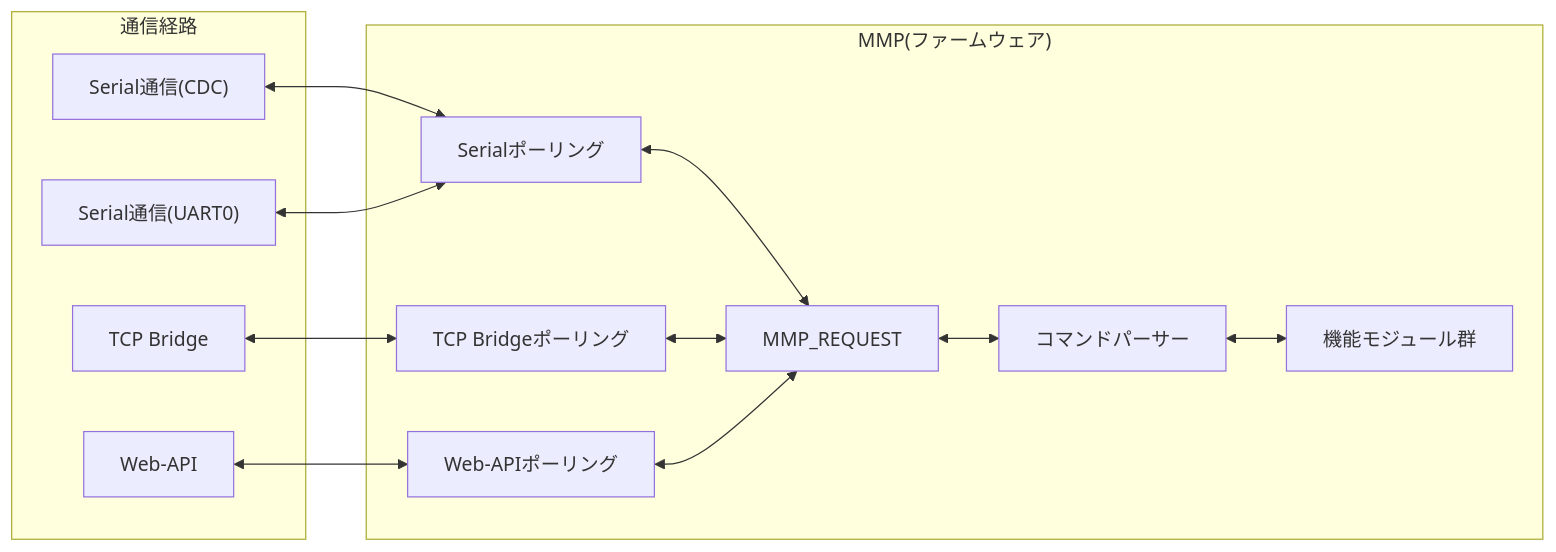
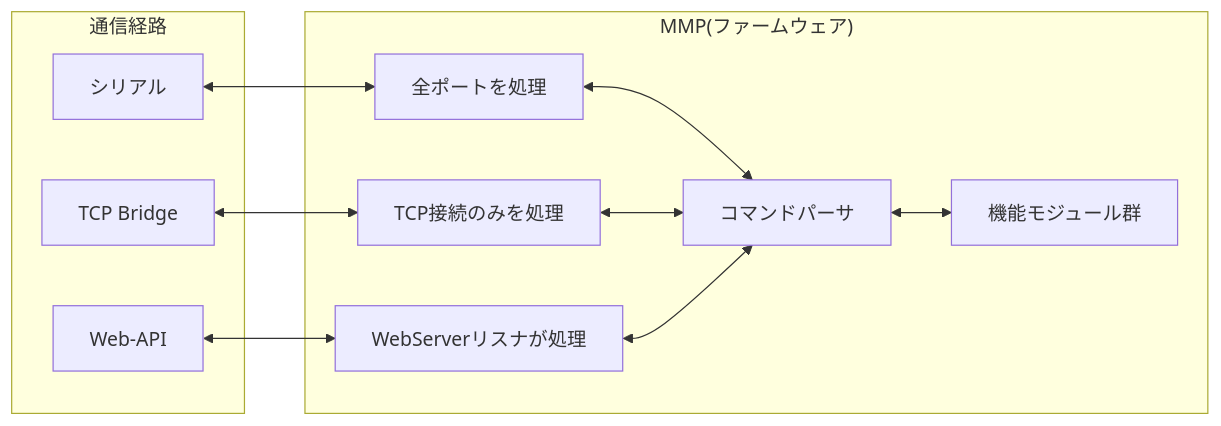
Before and after one commit to kureha001/MMP: the diagram in ファームウェア/ファームウェア/mmp/doc/README.MD, drawn with Mermaid. The commit also changed other lines of this file and 3 other files, not shown here.

````diff
--- a/ファームウェア/ファームウェア/mmp/doc/README.MD
+++ b/ファームウェア/ファームウェア/mmp/doc/README.MD
@@ -40,30 +40,26 @@
 ```mermaid
 flowchart LR
   subgraph Client["通信経路"]
-    S1["Serial通信(CDC)"] 
-    S2["Serial通信(UART0)"] 
+    S["シリアル"] 
     W1["TCP Bridge"] 
     W2["Web-API"]
   end
 
   subgraph Firmware["MMP(ファームウェア)"]
-    MS["Serialポーリング"] 
-    MT["TCP Bridgeポーリング"] 
-    MW["Web-APIポーリング"] 
-    R["MMP_REQUEST"]
-    P["コマンドパーサー"]
+    MS["全ポートを処理"] 
+    MT["TCP接続のみを処理"] 
+    MW["WebServerリスナが処理"] 
+    P["コマンドパーサ"]
     M["機能モジュール群"]
   end
 
-  S1 <--> MS
-  S2 <--> MS
+  S  <--> MS
   W1 <--> MT
   W2 <--> MW
 
-  MS <--> R
-  MT <--> R
-  MW <--> R
+  MS <--> P
+  MT <--> P
+  MW <--> P
 
-  R  <--> P
   P  <--> M
 ```
````
